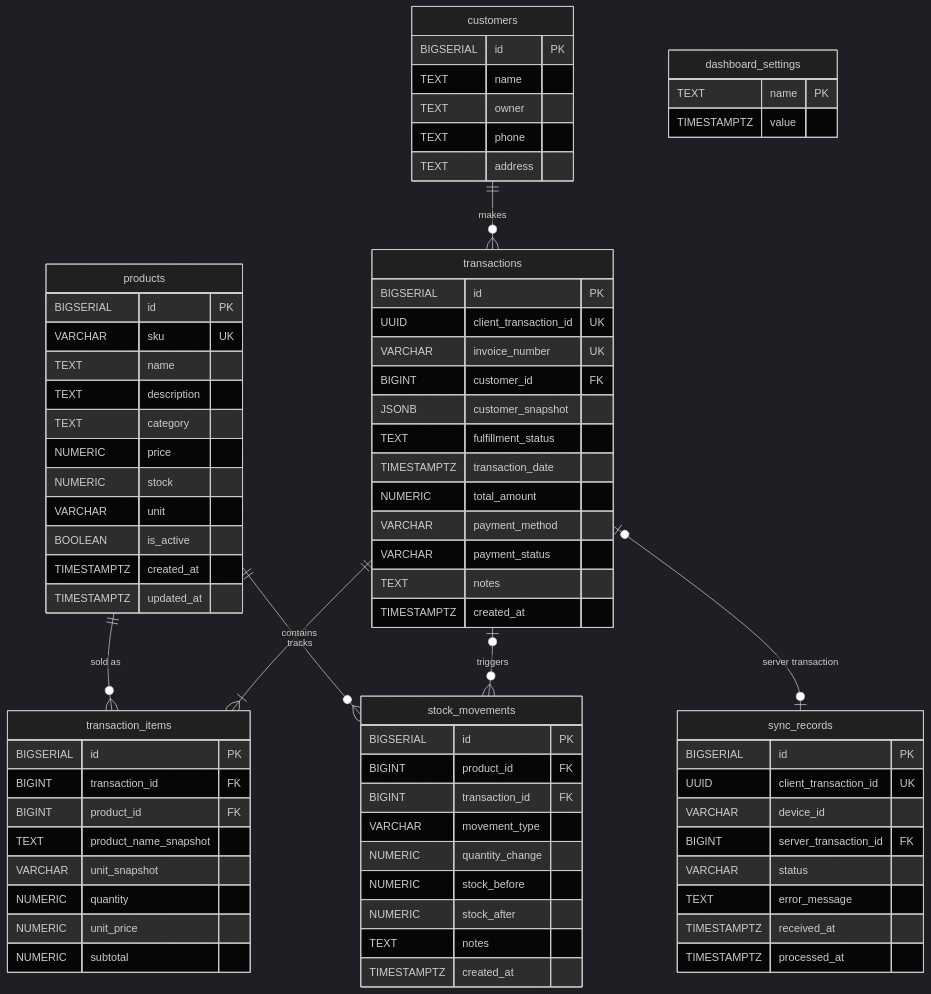
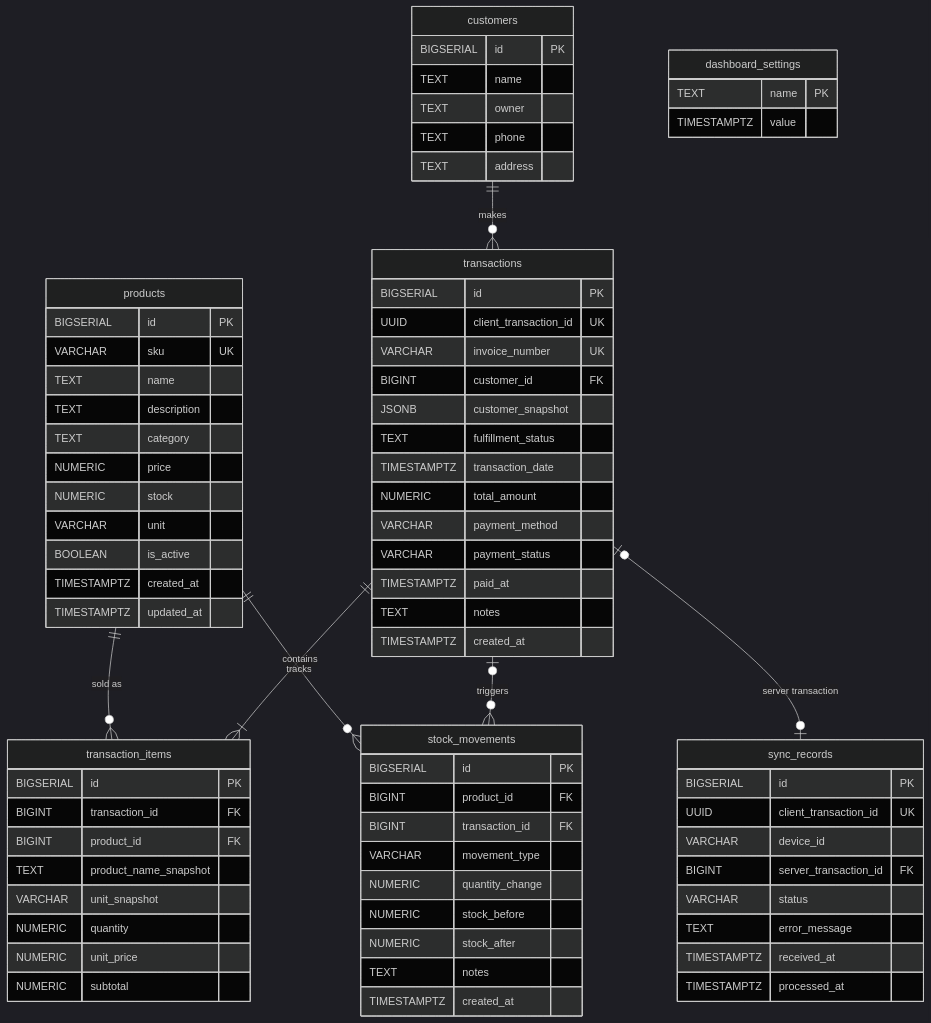
One commit to Naufal-oboy/Toko-Indo-Telur changed the diagram in docs/database-schema.md. Above: the diagram before and after it, drawn with Mermaid (dark theme). The commit also changed other lines of this file and 4 other files, not shown here.

````diff
--- a/docs/database-schema.md
+++ b/docs/database-schema.md
@@ -7,79 +7,80 @@
 ```mermaid
 erDiagram
   customers {
     BIGSERIAL id PK
     TEXT name
     TEXT owner
     TEXT phone
     TEXT address
   }
   products {
     BIGSERIAL id PK
     VARCHAR sku UK
     TEXT name
     TEXT description
     TEXT category
     NUMERIC price
     NUMERIC stock
     VARCHAR unit
     BOOLEAN is_active
     TIMESTAMPTZ created_at
     TIMESTAMPTZ updated_at
   }
   transactions {
     BIGSERIAL id PK
     UUID client_transaction_id UK
     VARCHAR invoice_number UK
     BIGINT customer_id FK
     JSONB customer_snapshot
     TEXT fulfillment_status
     TIMESTAMPTZ transaction_date
     NUMERIC total_amount
     VARCHAR payment_method
     VARCHAR payment_status
+    TIMESTAMPTZ paid_at
     TEXT notes
     TIMESTAMPTZ created_at
   }
   transaction_items {
     BIGSERIAL id PK
     BIGINT transaction_id FK
     BIGINT product_id FK
     TEXT product_name_snapshot
     VARCHAR unit_snapshot
     NUMERIC quantity
     NUMERIC unit_price
     NUMERIC subtotal
   }
   stock_movements {
     BIGSERIAL id PK
     BIGINT product_id FK
     BIGINT transaction_id FK
     VARCHAR movement_type
     NUMERIC quantity_change
     NUMERIC stock_before
     NUMERIC stock_after
     TEXT notes
     TIMESTAMPTZ created_at
   }
   sync_records {
     BIGSERIAL id PK
     UUID client_transaction_id UK
     VARCHAR device_id
     BIGINT server_transaction_id FK
     VARCHAR status
     TEXT error_message
     TIMESTAMPTZ received_at
     TIMESTAMPTZ processed_at
   }
   dashboard_settings {
     TEXT name PK
     TIMESTAMPTZ value
   }
 
   customers ||--o{ transactions : "makes"
   products ||--o{ transaction_items : "sold as"
   transactions ||--|{ transaction_items : "contains"
   products ||--o{ stock_movements : "tracks"
   transactions o|--o{ stock_movements : "triggers"
   transactions o|--o| sync_records : "server transaction"
 ```
````
